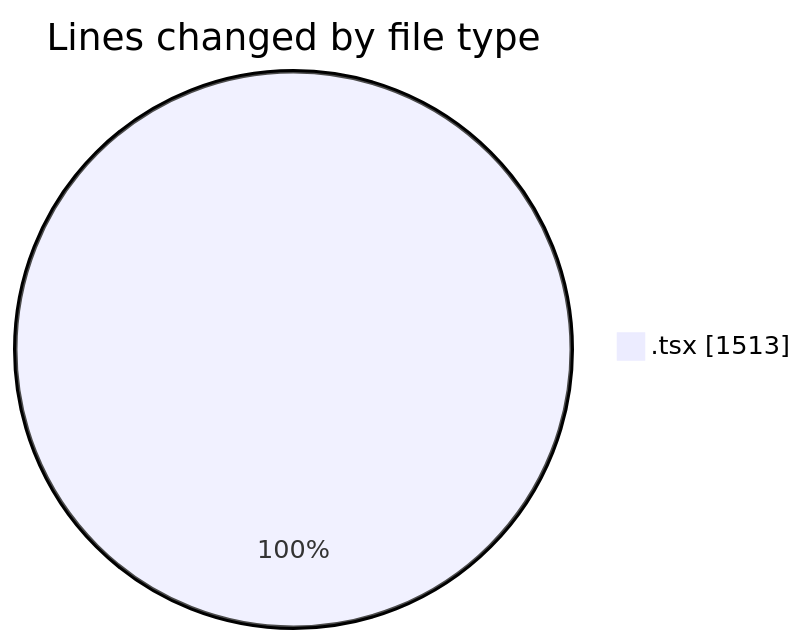
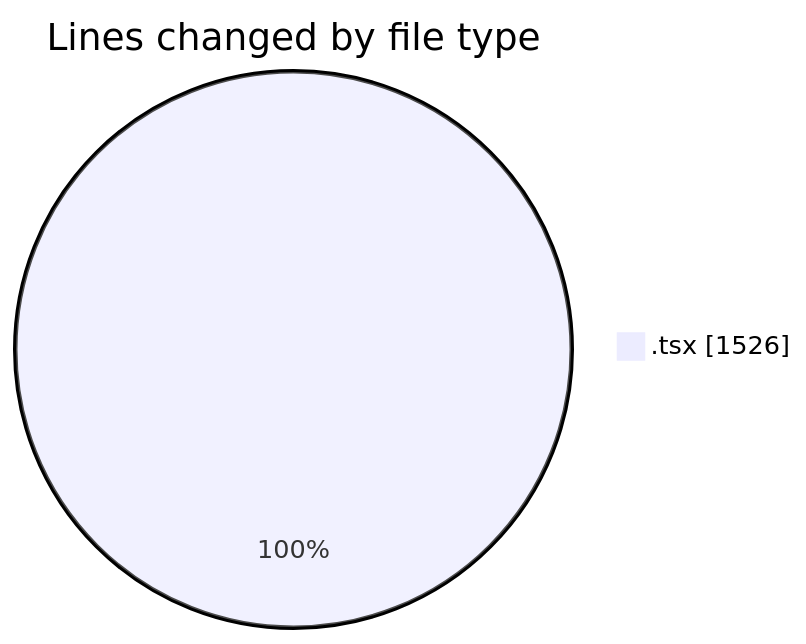
The first of 2 diagrams in 2026-03-30/nxtqube_webapp/README.md (nxtqubesakshisongat/code-tracking), drawn with Mermaid before and after one commit. The commit also changed other lines of this file and 1 other file, not shown here.

````diff
--- a/2026-03-30/nxtqube_webapp/README.md
+++ b/2026-03-30/nxtqube_webapp/README.md
@@ -22,5 +22,5 @@
 ```mermaid
 pie showData
 title Lines changed by file type
-".tsx" : 1513
+".tsx" : 1526
 ```
````
